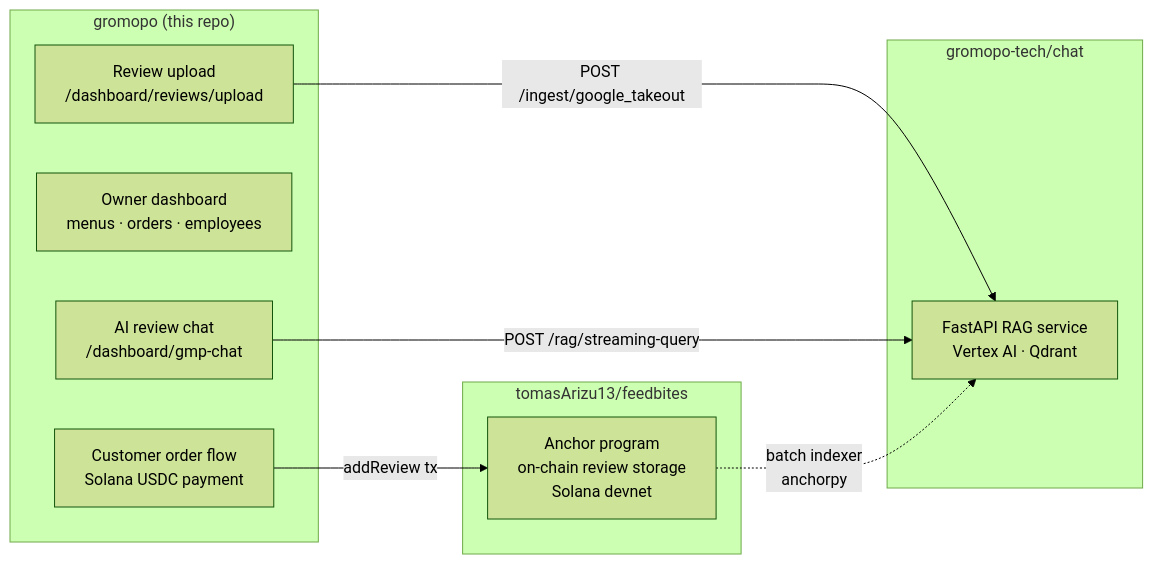
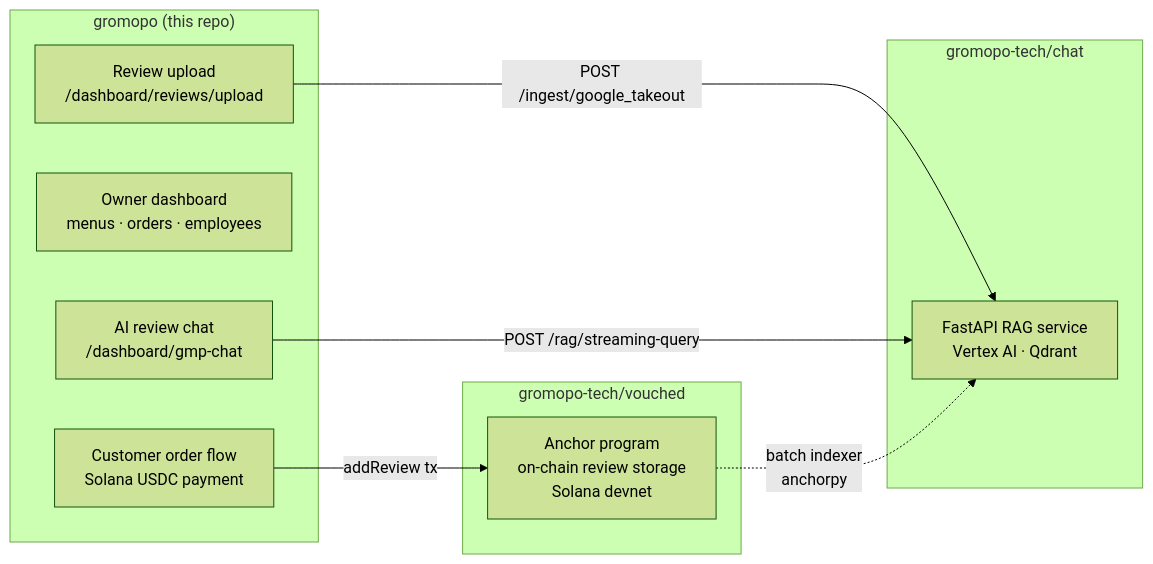
One commit to gromopo-tech/gromopo changed the diagram in README.md. Above: the diagram before and after it, drawn with Mermaid (forest theme). The commit also changed other lines of this file and 1 other file, not shown here.

````diff
--- a/README.md
+++ b/README.md
@@ -18,22 +20,22 @@
 ```mermaid
 flowchart LR
     subgraph gromopo ["gromopo (this repo)"]
         A[Customer order flow\nSolana USDC payment]
         B[Owner dashboard\nmenus · orders · employees]
         C[AI review chat\n/dashboard/gmp-chat]
         D[Review upload\n/dashboard/reviews/upload]
     end
 
     subgraph chat ["gromopo-tech/chat"]
         E[FastAPI RAG service\nVertex AI · Qdrant]
     end
 
-    subgraph feedbites ["tomasArizu13/feedbites"]
+    subgraph vouched ["gromopo-tech/vouched"]
         F[Anchor program\non-chain review storage\nSolana devnet]
     end
 
     A -->|addReview tx| F
     D -->|POST /ingest/google_takeout| E
     C -->|POST /rag/streaming-query| E
     F -.->|batch indexer\nanchorpy| E
 ```
````
